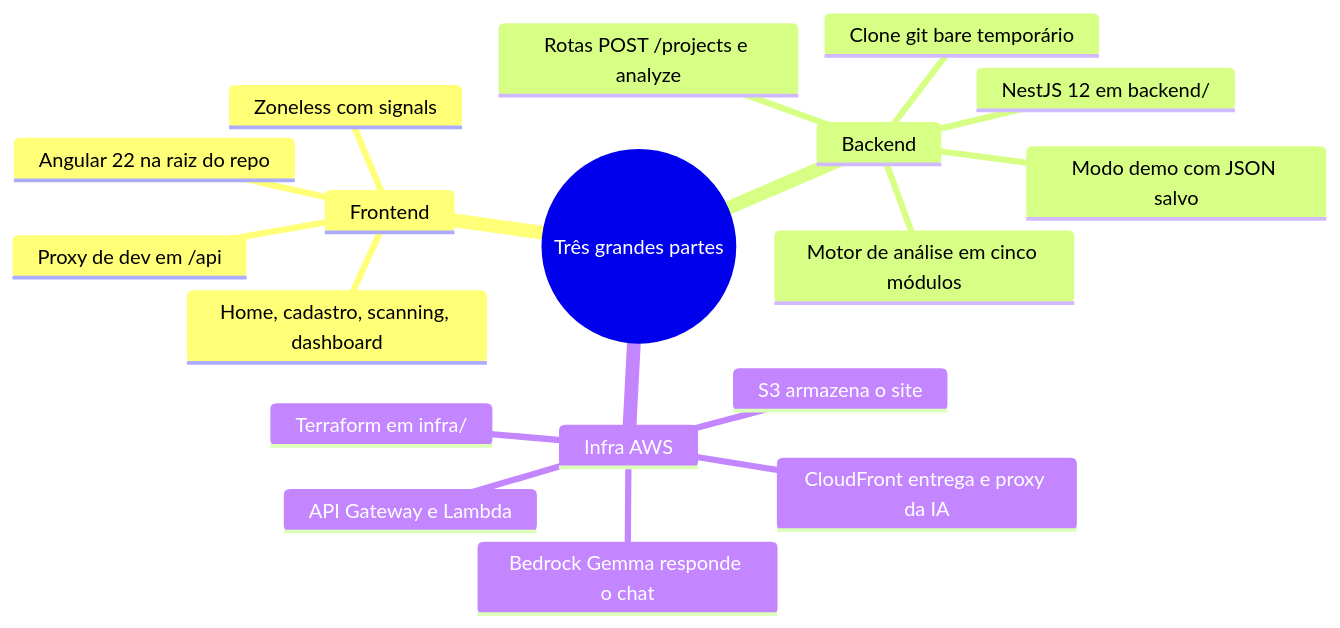
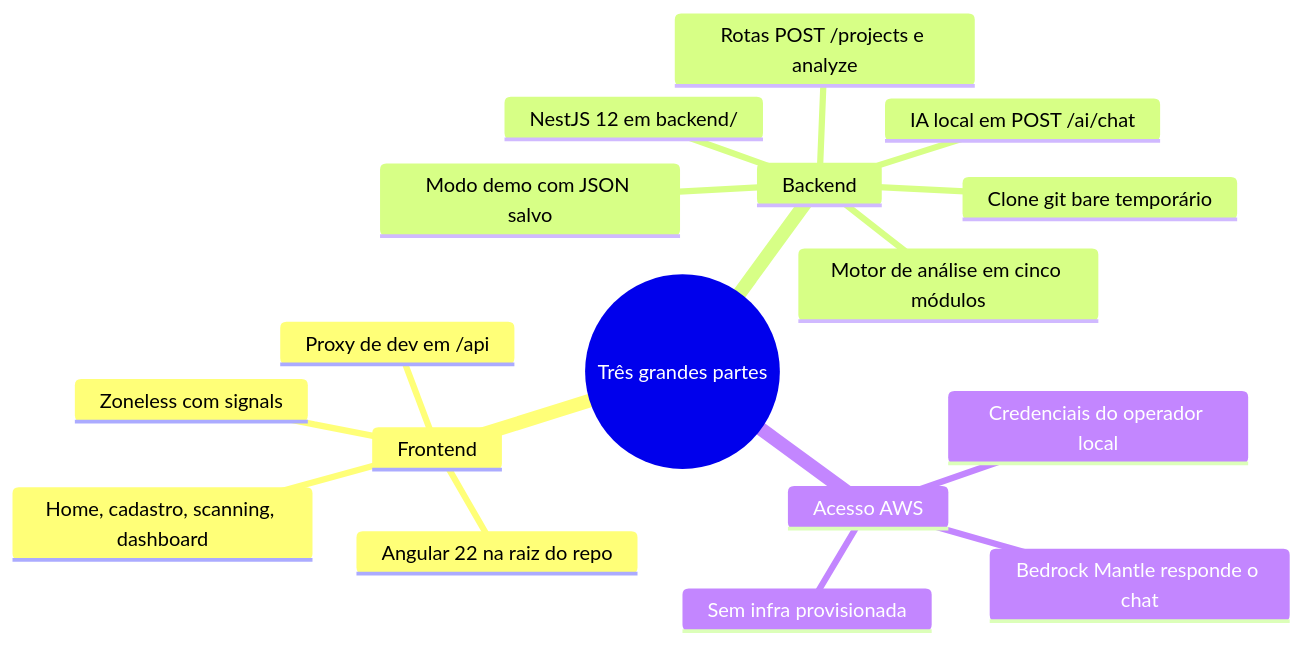
Before and after one commit to nathan270109/project-conscious: the second of 8 diagrams in docs/visao-geral-do-projeto.md, drawn with Mermaid. The commit also changed other lines of this file and 40 other files, not shown here.

Commit message:
feat: remove recursos desnecessarios da aws provisionados no terraform

````diff
--- a/docs/visao-geral-do-projeto.md
+++ b/docs/visao-geral-do-projeto.md
@@ -62,21 +63,20 @@
 ```mermaid
 mindmap
   root((Três grandes partes))
     Frontend
       Angular 22 na raiz do repo
       Home, cadastro, scanning, dashboard
       Zoneless com signals
       Proxy de dev em /api
     Backend
       NestJS 12 em backend/
       Rotas POST /projects e analyze
       Motor de análise em cinco módulos
       Clone git bare temporário
       Modo demo com JSON salvo
-    Infra AWS
-      Terraform em infra/
-      S3 armazena o site
-      CloudFront entrega e proxy da IA
-      API Gateway e Lambda
-      Bedrock Gemma responde o chat
+      IA local em POST /ai/chat
+    Acesso AWS
+      Bedrock Mantle responde o chat
+      Credenciais do operador local
+      Sem infra provisionada
 ```
````
